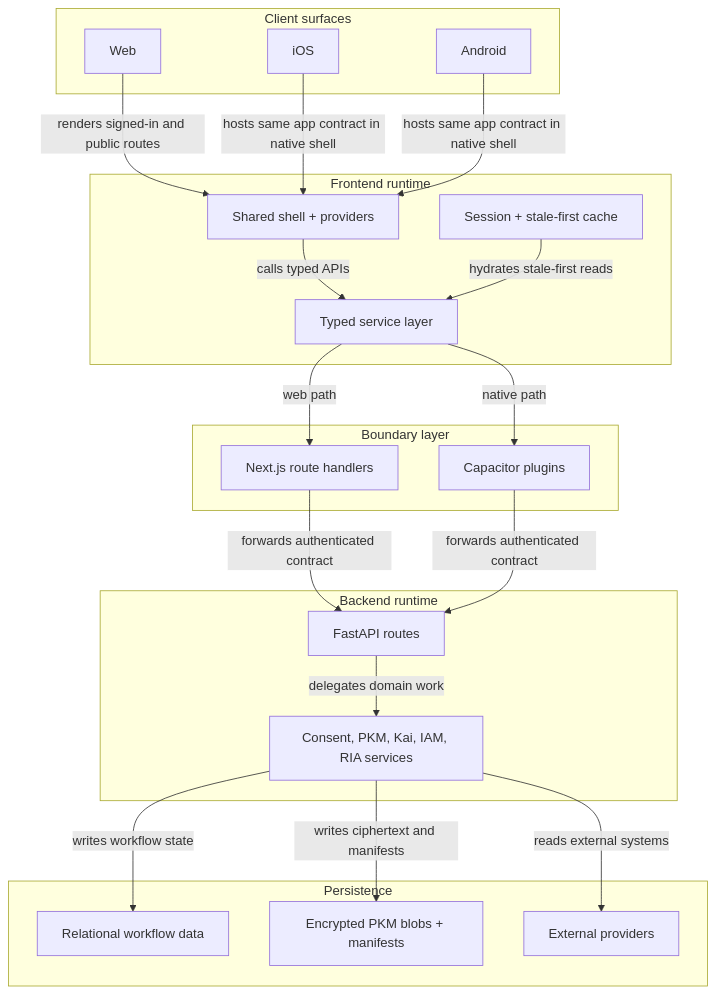
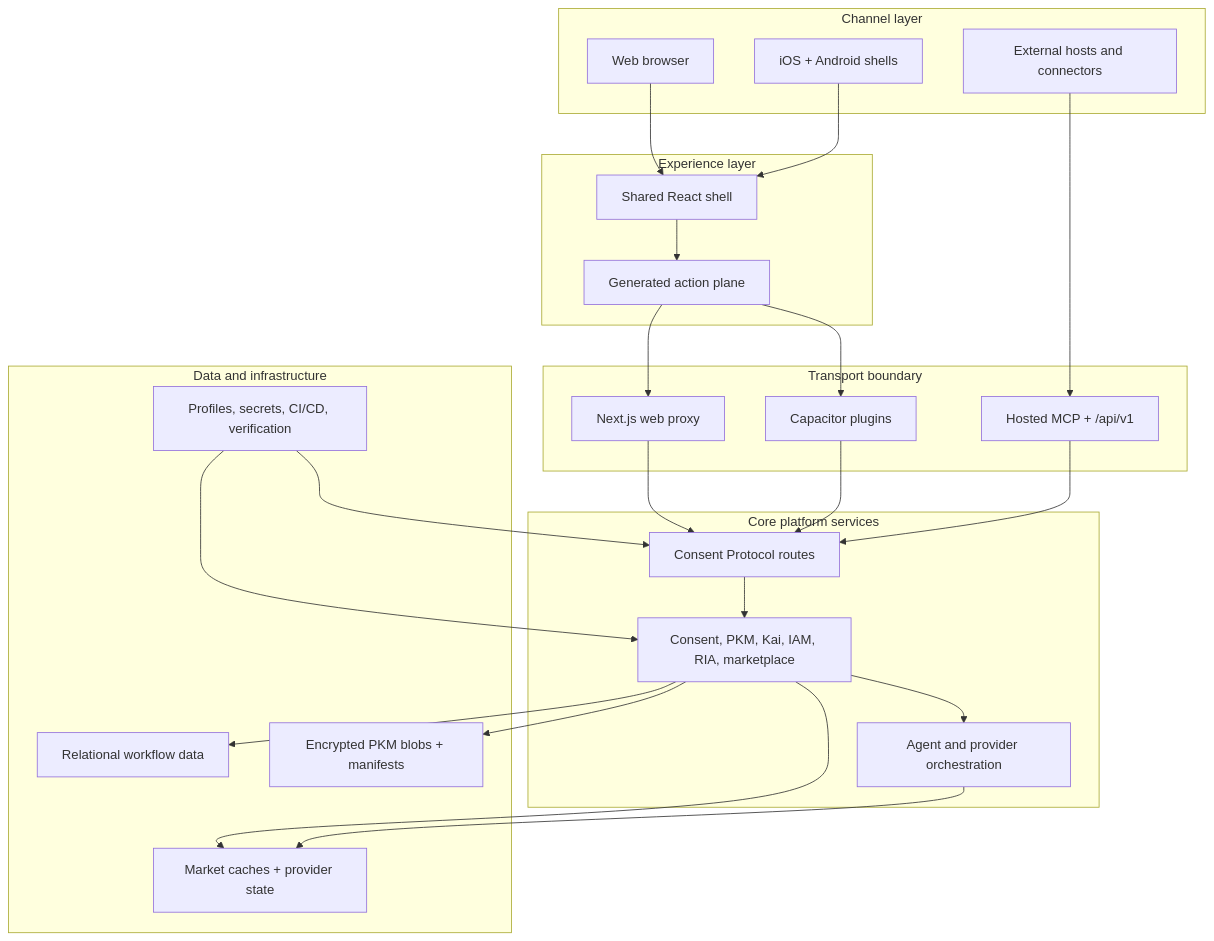
Before and after one commit to hushh-labs/hushh-research: the third of 8 diagrams in docs/reference/architecture/architecture.md, drawn with Mermaid. The commit also changed other lines of this file and 245 other files, not shown here.

````diff
--- a/docs/reference/architecture/architecture.md
+++ b/docs/reference/architecture/architecture.md
@@ -54,44 +263,50 @@
 ```mermaid
 flowchart TB
-  subgraph clients["Client surfaces"]
-    web["Web"]
-    ios["iOS"]
-    android["Android"]
+  subgraph channels["Channel layer"]
+    web["Web browser"]
+    mobile["iOS + Android shells"]
+    hosts["External hosts and connectors"]
   end
 
-  subgraph frontend["Frontend runtime"]
-    shell["Shared shell + providers"]
-    services["Typed service layer"]
-    cache["Session + stale-first cache"]
+  subgraph experience["Experience layer"]
+    shell["Shared React shell"]
+    action["Generated action plane"]
   end
 
-  subgraph boundary["Boundary layer"]
-    next["Next.js route handlers"]
-    native["Capacitor plugins"]
+  subgraph boundary["Transport boundary"]
+    next["Next.js web proxy"]
+    plugins["Capacitor plugins"]
+    mcp["Hosted MCP + /api/v1"]
   end
 
-  subgraph backend["Backend runtime"]
-    routes["FastAPI routes"]
-    domain["Consent, PKM, Kai, IAM, RIA services"]
+  subgraph services["Core platform services"]
+    api["Consent Protocol routes"]
+    domain["Consent, PKM, Kai, IAM, RIA, marketplace"]
+    orchestration["Agent and provider orchestration"]
   end
 
-  subgraph persistence["Persistence"]
+  subgraph data["Data and infrastructure"]
     relational["Relational workflow data"]
     blobs["Encrypted PKM blobs + manifests"]
-    providers["External providers"]
+    caches["Market caches + provider state"]
+    ops["Profiles, secrets, CI/CD, verification"]
   end
 
-  web -->|renders signed-in and public routes| shell
-  ios -->|hosts same app contract in native shell| shell
-  android -->|hosts same app contract in native shell| shell
-  shell -->|calls typed APIs| services
-  cache -->|hydrates stale-first reads| services
-  services -->|web path| next
-  services -->|native path| native
-  next -->|forwards authenticated contract| routes
-  native -->|forwards authenticated contract| routes
-  routes -->|delegates domain work| domain
-  domain -->|writes workflow state| relational
-  domain -->|writes ciphertext and manifests| blobs
-  domain -->|reads external systems| providers
+  web --> shell
+  mobile --> shell
+  hosts --> mcp
+  shell --> action
+  action --> next
+  action --> plugins
+  next --> api
+  plugins --> api
+  mcp --> api
+  api --> domain
+  domain --> orchestration
+  domain --> relational
+  domain --> blobs
+  domain --> caches
+  orchestration --> caches
+  ops --> api
+  ops --> domain
 ```
````
